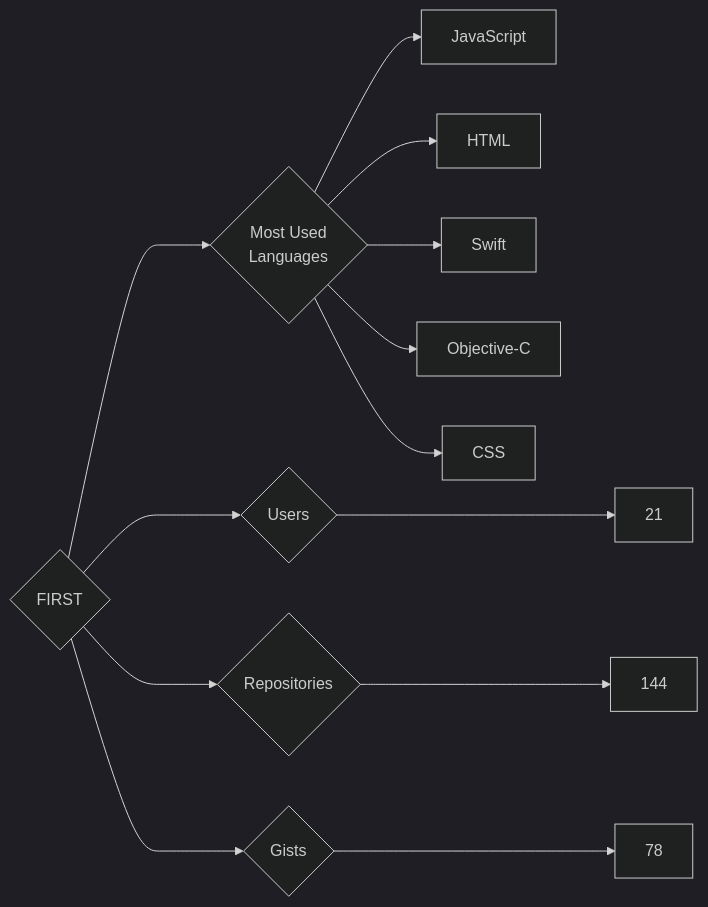
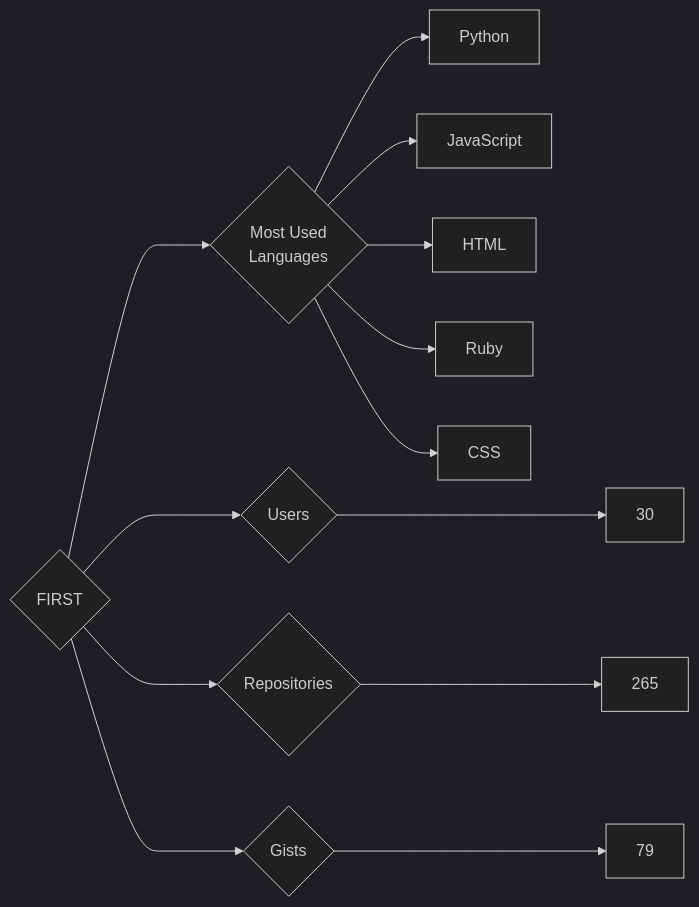
The diagram in targets/FIRST/README.md (trickest/insiders), drawn with Mermaid (dark theme) before and after one commit. The commit also changed 752 other files, not shown here.

````diff
--- a/targets/FIRST/README.md
+++ b/targets/FIRST/README.md
@@ -3,13 +3,13 @@
 ```mermaid
 graph LR
 COMPANY_NAME{FIRST}
-COMPANY_NAME ---> U{Users} ---> UN[21]
-COMPANY_NAME ---> R{Repositories} ---> RN[144]
-COMPANY_NAME ---> G{Gists} ---> GN[78]
+COMPANY_NAME ---> U{Users} ---> UN[30]
+COMPANY_NAME ---> R{Repositories} ---> RN[265]
+COMPANY_NAME ---> G{Gists} ---> GN[79]
 COMPANY_NAME ---> ML{Most Used<br>Languages}
+ML --> Python[Python]
 ML --> JavaScript[JavaScript]
 ML --> HTML[HTML]
-ML --> Swift[Swift]
-ML --> Objective-C[Objective-C]
+ML --> Ruby[Ruby]
 ML --> CSS[CSS]
 ```
````
